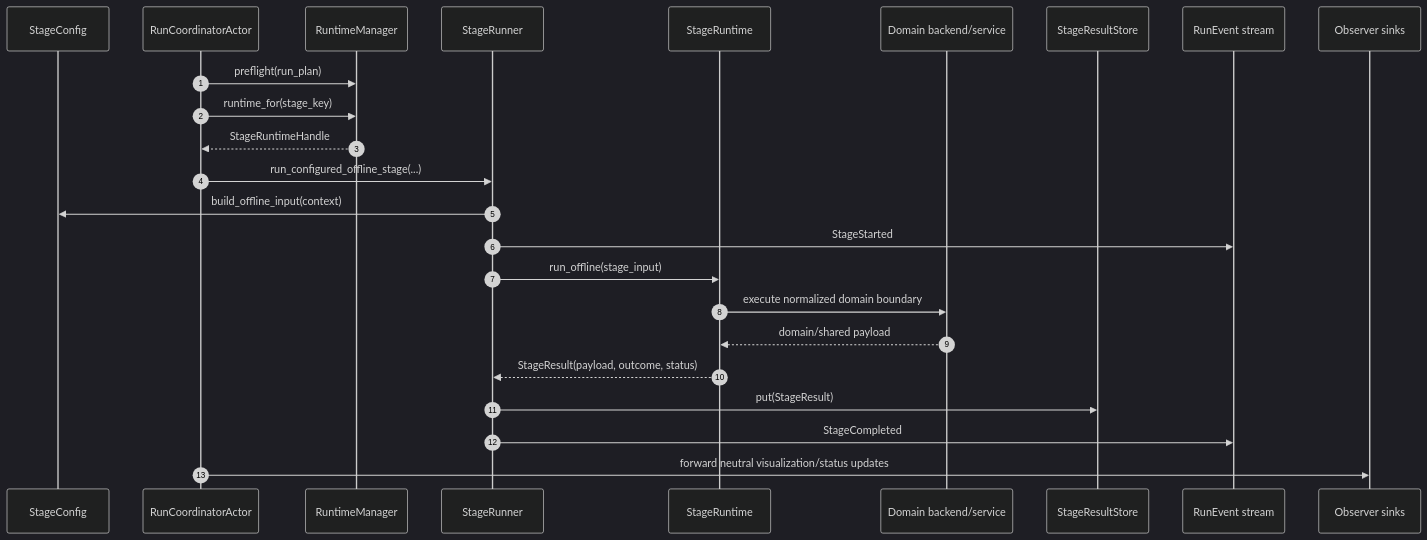
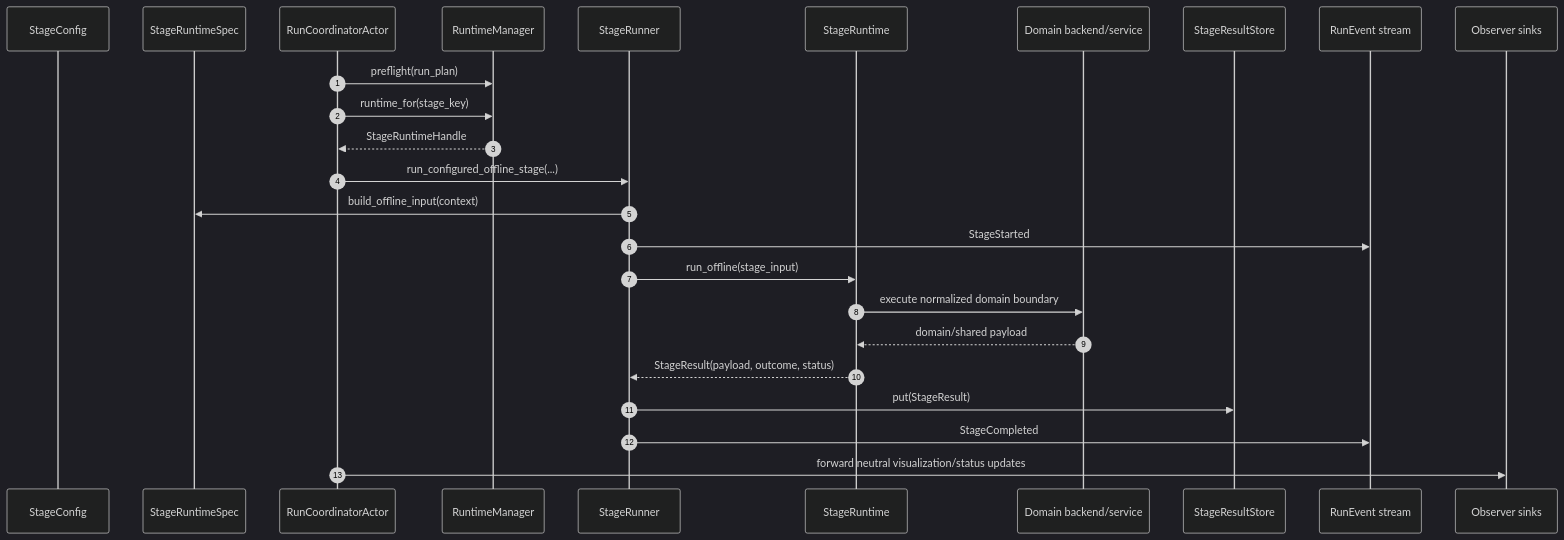
Before and after one commit to JanDuchscherer104/prml-vslam: the fourth of 4 diagrams in src/prml_vslam/pipeline/README.md, drawn with Mermaid (dark theme). The commit also changed other lines of this file and 39 other files, not shown here.

Commit message:
refactor: move stage input builders to runtime specs

````diff
--- a/src/prml_vslam/pipeline/README.md
+++ b/src/prml_vslam/pipeline/README.md
@@ -128,27 +199,28 @@
 ```mermaid
 sequenceDiagram
     autonumber
     participant Config as StageConfig
+    participant Spec as StageRuntimeSpec
     participant Coord as RunCoordinatorActor
     participant RuntimeMgr as RuntimeManager
     participant Runner as StageRunner
     participant Runtime as StageRuntime
     participant Domain as Domain backend/service
     participant Store as StageResultStore
     participant Events as RunEvent stream
     participant Sinks as Observer sinks
 
     Coord->>RuntimeMgr: preflight(run_plan)
     Coord->>RuntimeMgr: runtime_for(stage_key)
     RuntimeMgr-->>Coord: StageRuntimeHandle
     Coord->>Runner: run_configured_offline_stage(...)
-    Runner->>Config: build_offline_input(context)
+    Runner->>Spec: build_offline_input(context)
     Runner->>Events: StageStarted
     Runner->>Runtime: run_offline(stage_input)
     Runtime->>Domain: execute normalized domain boundary
     Domain-->>Runtime: domain/shared payload
     Runtime-->>Runner: StageResult(payload, outcome, status)
     Runner->>Store: put(StageResult)
     Runner->>Events: StageCompleted
     Coord->>Sinks: forward neutral visualization/status updates
 ```
````
